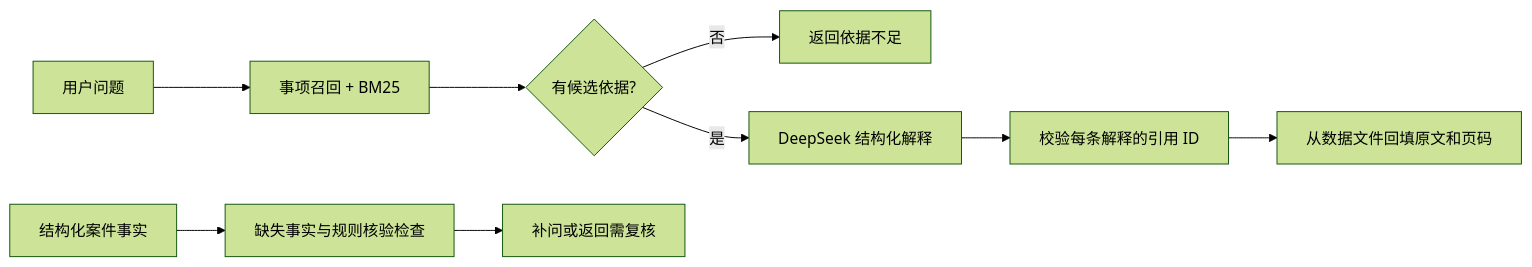
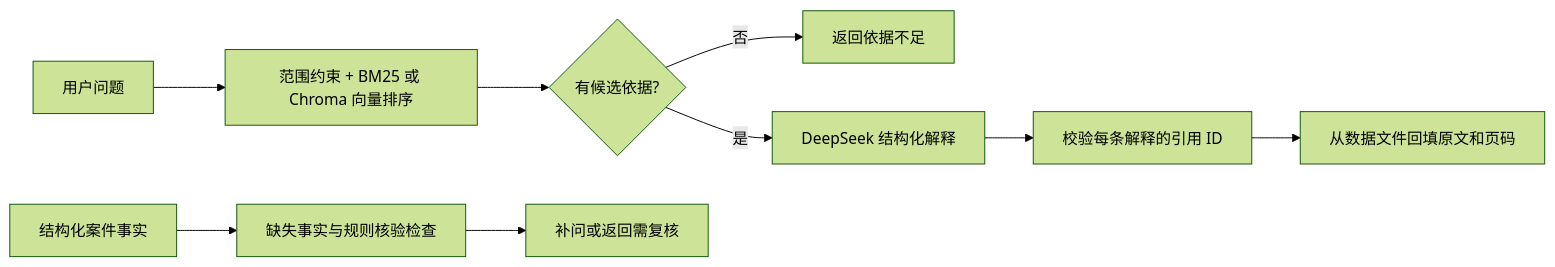
The diagram in README.md (bathroomking/hubei-transport-law-assistant), drawn with Mermaid (forest theme) before and after one commit. The commit also changed other lines of this file and 12 other files, not shown here.

````diff
--- a/README.md
+++ b/README.md
@@ -155,11 +193,11 @@
 ```mermaid
 flowchart LR
-  A[用户问题] --> B[事项召回 + BM25]
+  A[用户问题] --> B[范围约束 + BM25 或 Chroma 向量排序]
   B --> C{有候选依据?}
   C -- 否 --> D[返回依据不足]
   C -- 是 --> E[DeepSeek 结构化解释]
   E --> F[校验每条解释的引用 ID]
   F --> G[从数据文件回填原文和页码]
   H[结构化案件事实] --> I[缺失事实与规则核验检查]
   I --> J[补问或返回需复核]
 ```
````
